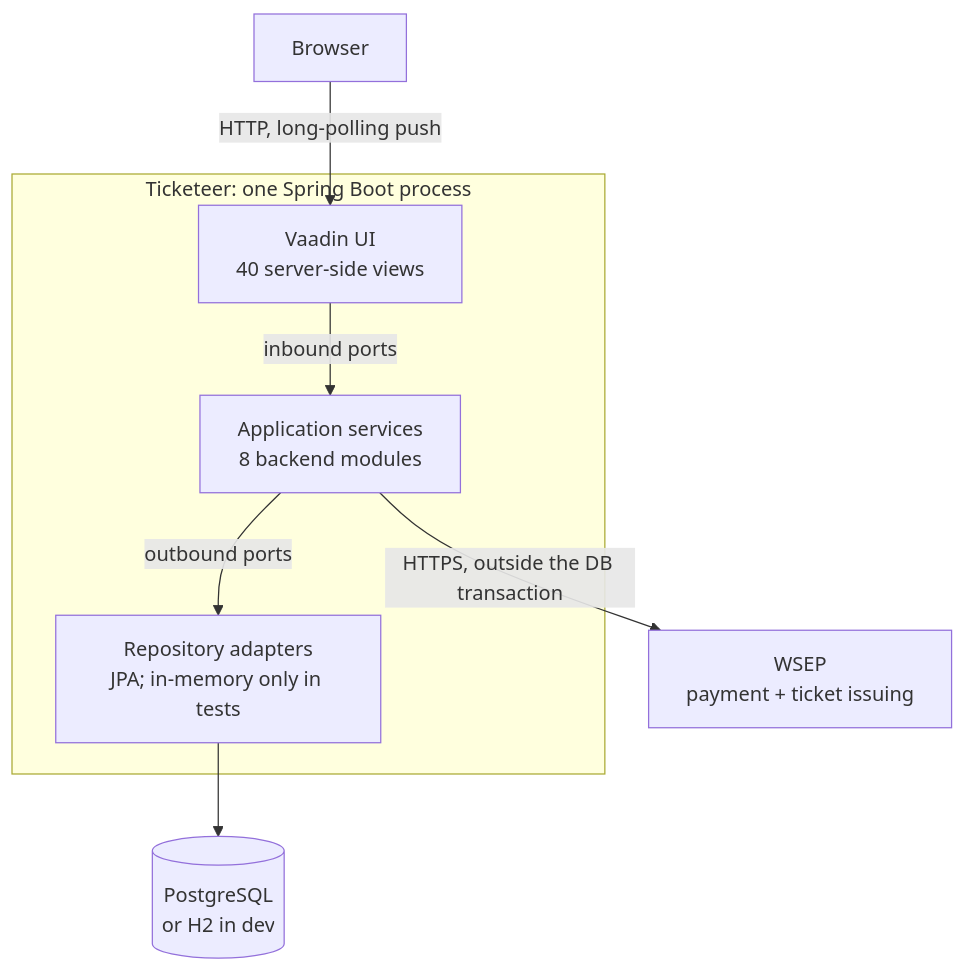
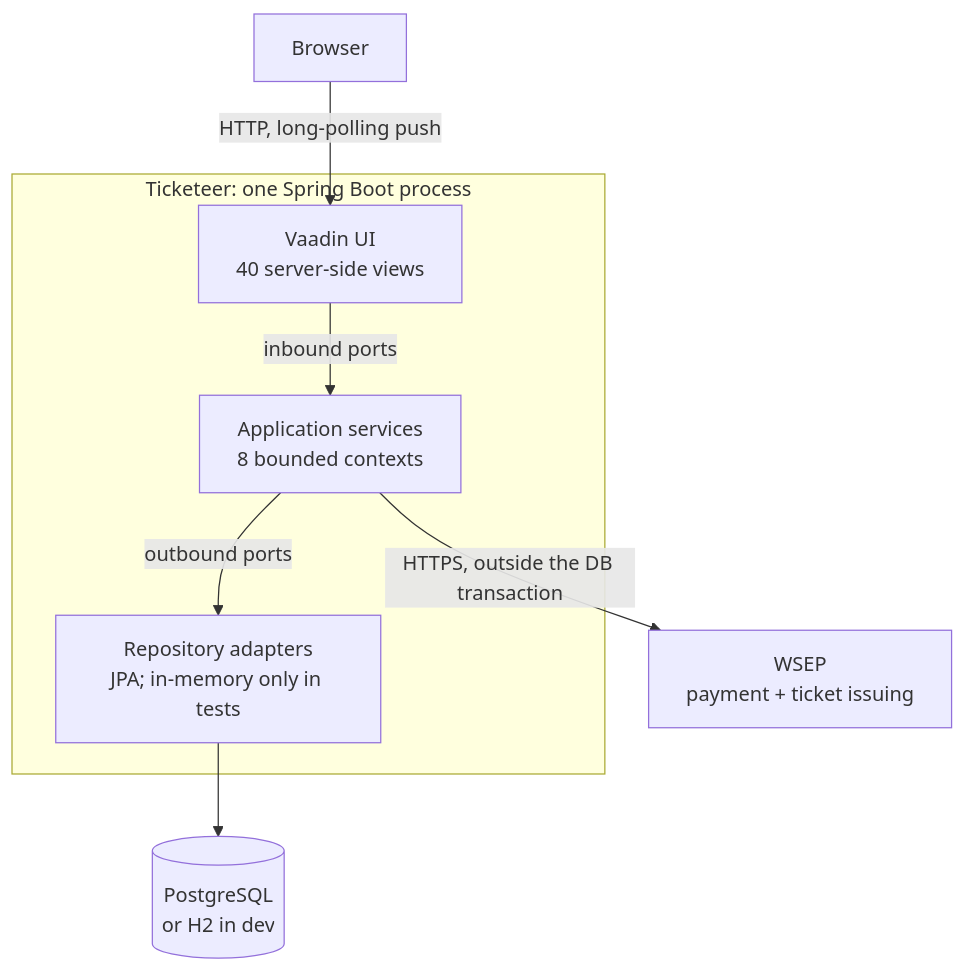
Before and after one commit to NaimElijah/Ticketeer: the first of 2 diagrams in README.md, drawn with Mermaid. The commit also changed other lines of this file, not shown here.

````diff
--- a/README.md
+++ b/README.md
@@ -23,17 +23,17 @@
 ```mermaid
 flowchart TB
     browser["Browser"]
     subgraph jvm["Ticketeer: one Spring Boot process"]
         ui["Vaadin UI<br/>40 server-side views"]
-        app["Application services<br/>8 backend modules"]
+        app["Application services<br/>8 bounded contexts"]
         repos["Repository adapters<br/>JPA; in-memory only in tests"]
     end
     db[("PostgreSQL<br/>or H2 in dev")]
     wsep["WSEP<br/>payment + ticket issuing"]
 
     browser -->|"HTTP, long-polling push"| ui
     ui -->|"inbound ports"| app
     app -->|"outbound ports"| repos
     repos --> db
     app -->|"HTTPS, outside the DB transaction"| wsep
 ```
````
